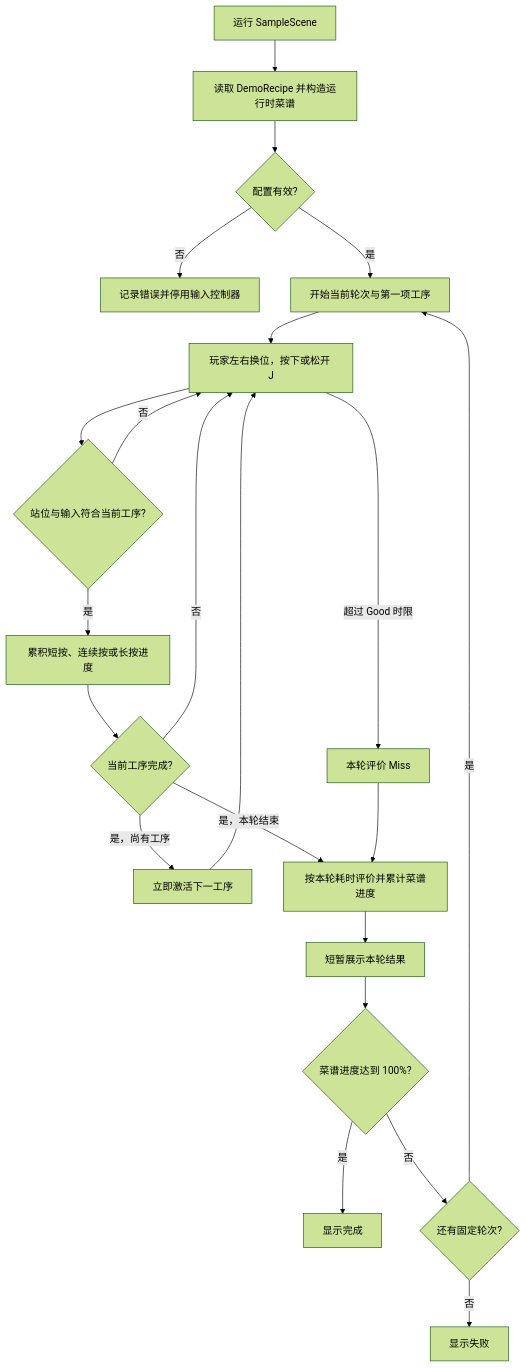
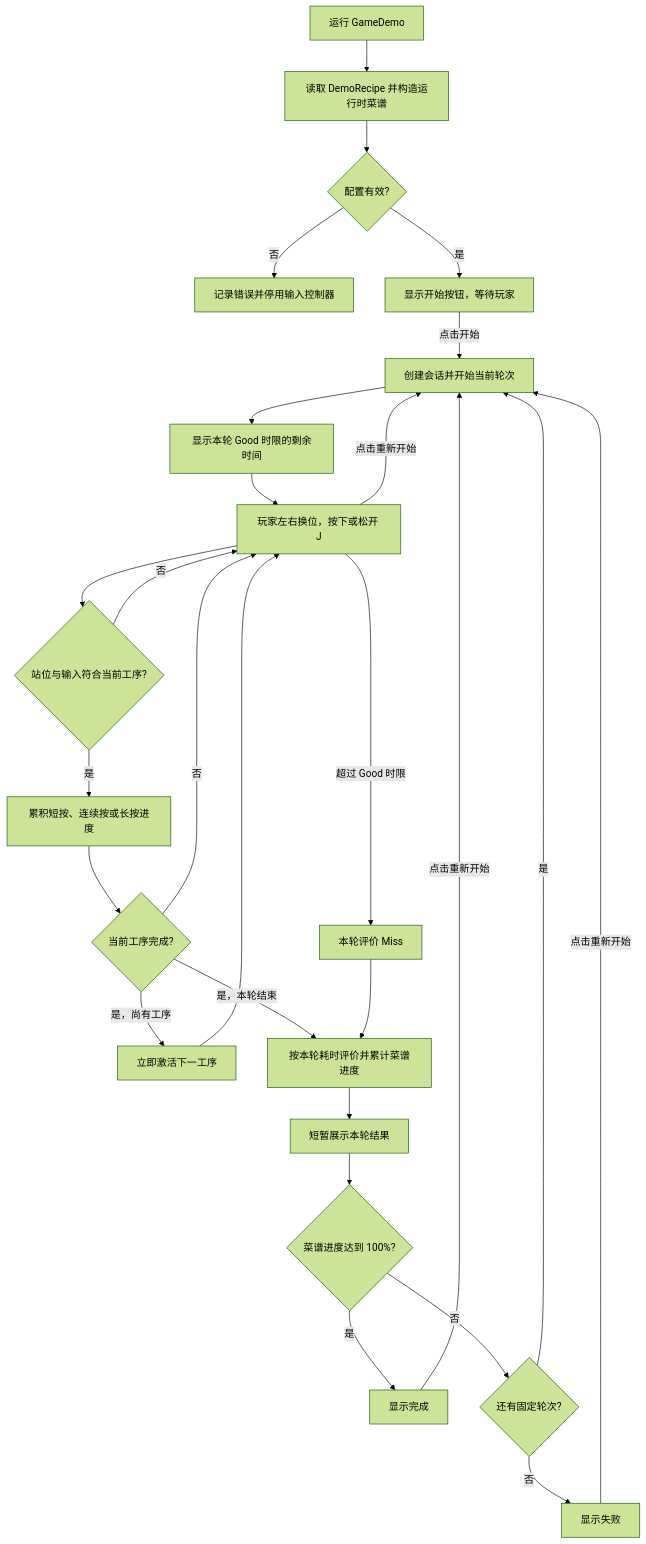
The first of 6 diagrams in docs/架构图.md (yellowlix/Cook), drawn with Mermaid (forest theme) before and after one commit. The commit also changed other lines of this file and 8 other files, not shown here.

````diff
--- a/docs/架构图.md
+++ b/docs/架构图.md
@@ -13,24 +13,29 @@
 ```mermaid
 flowchart TD
-    START[运行 SampleScene] --> LOAD[读取 DemoRecipe 并构造运行时菜谱]
+    START[运行 GameDemo] --> LOAD[读取 DemoRecipe 并构造运行时菜谱]
     LOAD --> VALID{配置有效?}
     VALID -->|否| ERROR[记录错误并停用输入控制器]
-    VALID -->|是| ROUND[开始当前轮次与第一项工序]
-    ROUND --> INPUT[玩家左右换位，按下或松开 J]
+    VALID -->|是| READY[显示开始按钮，等待玩家]
+    READY -->|点击开始| ROUND[创建会话并开始当前轮次]
+    ROUND --> TIMER[显示本轮 Good 时限的剩余时间]
+    TIMER --> INPUT[玩家左右换位，按下或松开 J]
     INPUT --> CHECK{站位与输入符合当前工序?}
     CHECK -->|否| INPUT
     CHECK -->|是| PROGRESS[累积短按、连续按或长按进度]
     PROGRESS --> DONE{当前工序完成?}
     DONE -->|否| INPUT
     DONE -->|是，尚有工序| NEXT_OP[立即激活下一工序]
     NEXT_OP --> INPUT
     DONE -->|是，本轮结束| GRADE[按本轮耗时评价并累计菜谱进度]
     INPUT -->|超过 Good 时限| MISS[本轮评价 Miss]
     MISS --> GRADE
     GRADE --> RESULT[短暂展示本轮结果]
     RESULT --> SUCCESS{菜谱进度达到 100%?}
     SUCCESS -->|是| WIN[显示完成]
     SUCCESS -->|否| MORE{还有固定轮次?}
     MORE -->|是| ROUND
     MORE -->|否| LOSE[显示失败]
+    INPUT -->|点击重新开始| ROUND
+    WIN -->|点击重新开始| ROUND
+    LOSE -->|点击重新开始| ROUND
 ```
````
